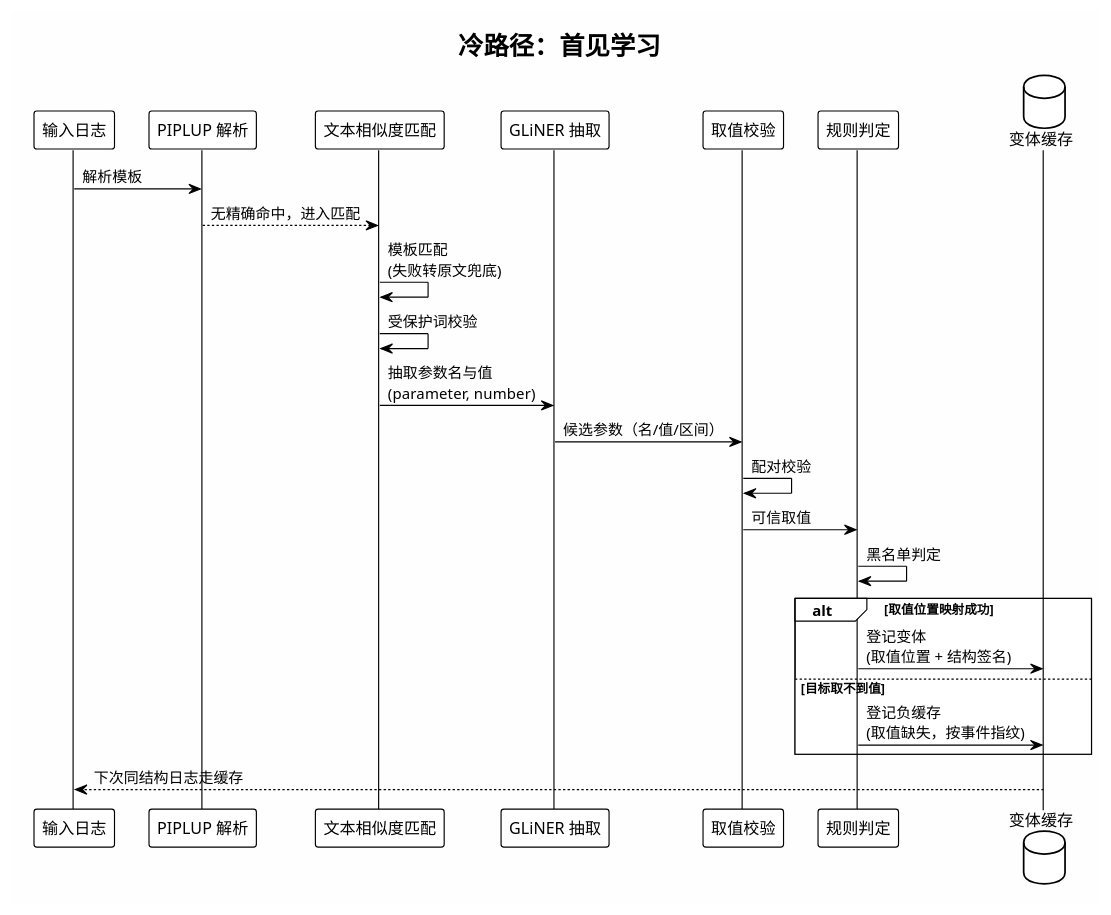
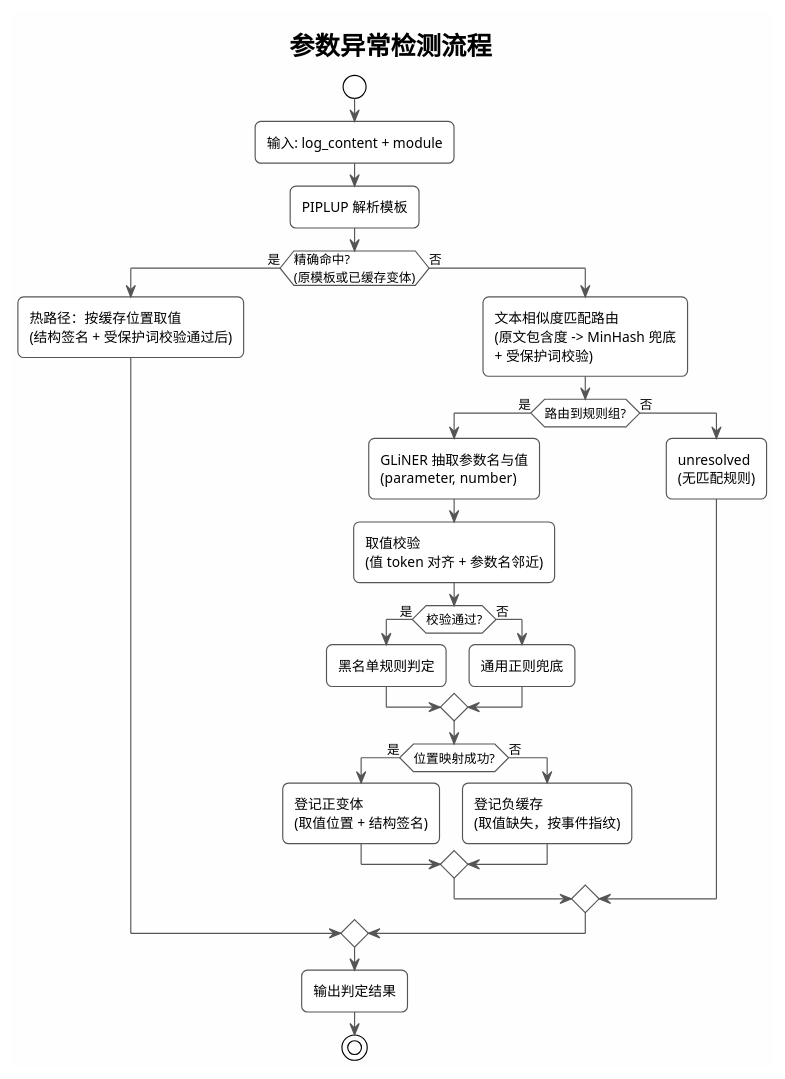
One commit to HouMonKy/TIG-PIPLUP changed the sixth of 10 diagrams in LogNet3.0方案设计与实现文档.md. Above: the diagram before and after it, drawn with PlantUML. The commit also changed other lines of this file, not shown here.

Commit message:
docs: 关键技术点二全面修订 — 5.2 时序图改为流程图（合并冷热路径）；5.3 改为原文包含度优先（更严格规则先行）+ MinHash 兜底，含阈值扫描数据验证 0.45 的确定依据；5.4 补 GLiNER 抽取效果示例、配对校验两道校验的输入输出示例、正则兜底五种形态及触发率数据（7.8%）；5.5.1 事件指纹补与文本匹配的职责对比表；5.5.3 负缓存加回；6.3.2 MPNet→BGE-M3 参数更新（hidden_size 1024, layers 24, vocab 250002, max_pos 8192）

````diff
--- a/LogNet3.0方案设计与实现文档.md
+++ b/LogNet3.0方案设计与实现文档.md
@@ -500,34 +502,48 @@
 ```plantuml
-@startuml Parameter_Cold_Sequence
+@startuml Parameter_Detection_Flow
 !theme plain
 skinparam backgroundColor #FEFEFE
 skinparam shadowing false
+skinparam roundCorner 10
+skinparam ActivityBorderColor #555555
+skinparam ArrowColor #555555
 
-title 冷路径：首见学习
+title 参数异常检测流程
 
-participant "输入日志" as Log
-participant "PIPLUP 解析" as Parse
-participant "文本相似度匹配" as Match
-participant "GLiNER 抽取" as GLiNER
-participant "取值校验" as Guard
-participant "规则判定" as Rule
-database "变体缓存" as Store
+start
 
-Log -> Parse: 解析模板
-Parse --> Match: 无精确命中，进入匹配
-Match -> Match: 模板匹配\n(失败转原文兜底)
-Match -> Match: 受保护词校验
-Match -> GLiNER: 抽取参数名与值\n(parameter, number)
-GLiNER -> Guard: 候选参数（名/值/区间）
-Guard -> Guard: 配对校验
-Guard -> Rule: 可信取值
-Rule -> Rule: 黑名单判定
-alt 取值位置映射成功
-    Rule -> Store: 登记变体\n(取值位置 + 结构签名)
-else 目标取不到值
-    Rule -> Store: 登记负缓存\n(取值缺失，按事件指纹)
-end
-Store --> Log: 下次同结构日志走缓存
+:输入: log_content + module;
+
+:PIPLUP 解析模板;
+
+if (精确命中?\n(原模板或已缓存变体)) then (是)
+    :热路径：按缓存位置取值\n(结构签名 + 受保护词校验通过后);
+else (否)
+
+    :文本相似度匹配路由\n(原文包含度 -> MinHash 兜底\n+ 受保护词校验);
+
+    if (路由到规则组?) then (是)
+        :GLiNER 抽取参数名与值\n(parameter, number);
+        :取值校验\n(值 token 对齐 + 参数名邻近);
+        if (校验通过?) then (是)
+            :黑名单规则判定;
+        else (否)
+            :通用正则兜底;
+        endif
+        if (位置映射成功?) then (是)
+            :登记正变体\n(取值位置 + 结构签名);
+        else (否)
+            :登记负缓存\n(取值缺失，按事件指纹);
+        endif
+    else (否)
+        :unresolved\n(无匹配规则);
+    endif
+
+endif
+
+:输出判定结果;
+
+stop
 
 @enduml
 ```
````
